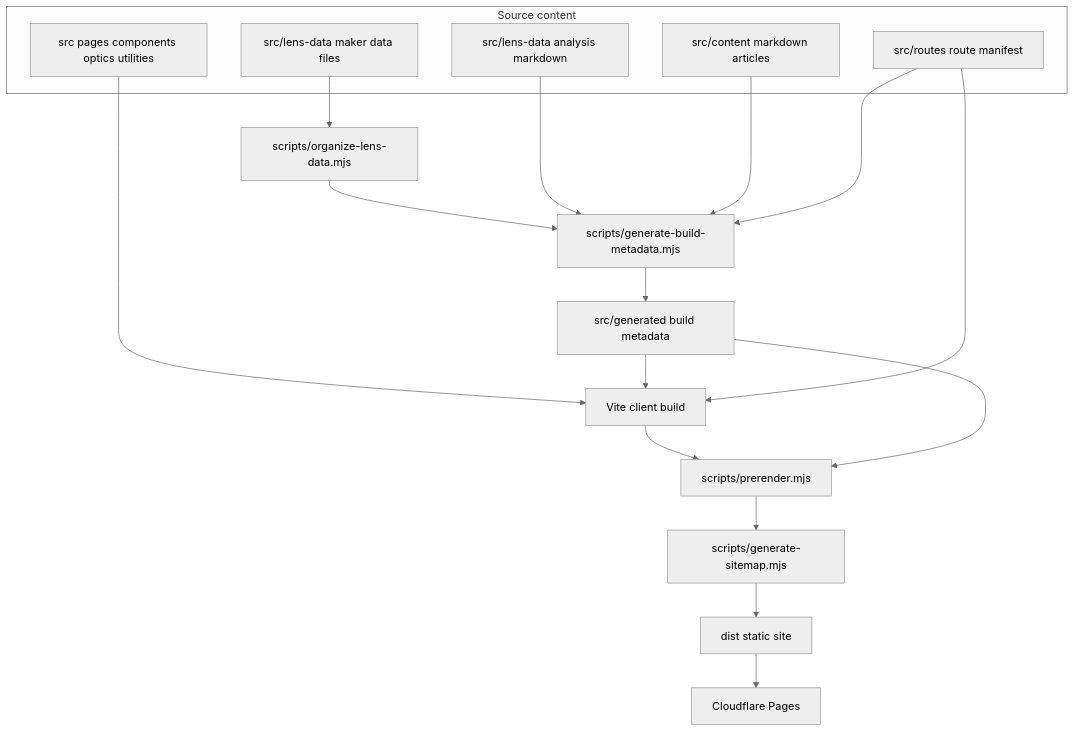
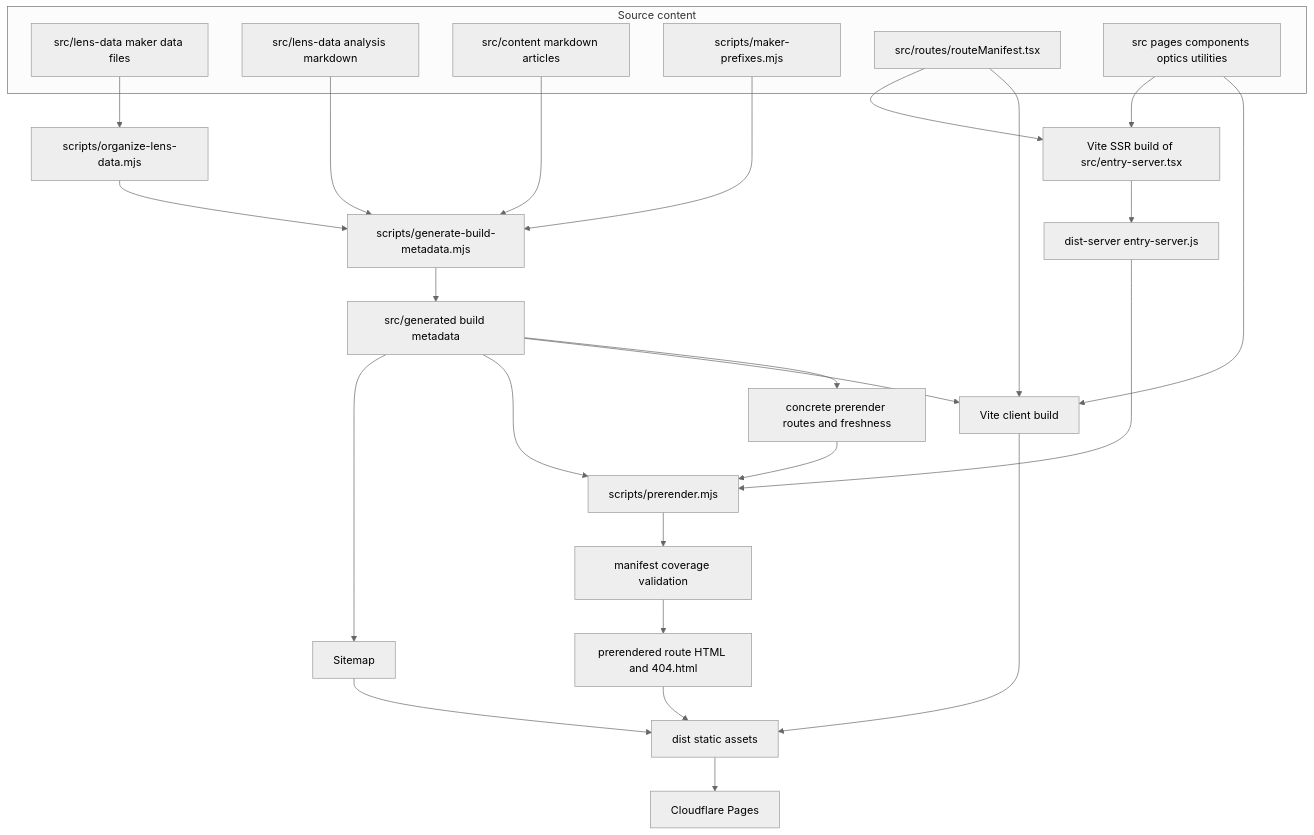
The first of 6 diagrams in agent_docs/architecture/program-flow.md (ronbuening/LensVisualizer), drawn with Mermaid (neutral theme) before and after one commit. The commit also changed other lines of this file and 5 other files, not shown here.

Commit message:
docs: refresh architecture documentation

````diff
--- a/agent_docs/architecture/program-flow.md
+++ b/agent_docs/architecture/program-flow.md
@@ -10,26 +11,38 @@
 ```mermaid
 flowchart TD
   subgraph Source[Source content]
     LensData[src/lens-data maker data files]
     LensNotes[src/lens-data analysis markdown]
     Articles[src/content markdown articles]
-    Routes[src/routes route manifest]
+    MakerPrefixes[scripts/maker-prefixes.mjs]
+    RouteManifest[src/routes/routeManifest.tsx]
     App[src pages components optics utilities]
   end
 
   LensData --> Organize[scripts/organize-lens-data.mjs]
   Organize --> Metadata[scripts/generate-build-metadata.mjs]
   LensNotes --> Metadata
   Articles --> Metadata
-  Routes --> Metadata
+  MakerPrefixes --> Metadata
   Metadata --> Generated[src/generated build metadata]
+  Generated --> ConcreteRoutes[concrete prerender routes and freshness]
 
-  App --> Vite[Vite client build]
-  Generated --> Vite
-  Routes --> Vite
-  Vite --> Prerender[scripts/prerender.mjs]
-  Generated --> Prerender
-  Prerender --> Sitemap[scripts/generate-sitemap.mjs]
-  Sitemap --> Dist[dist static site]
+  App --> ViteClient[Vite client build]
+  Generated --> ViteClient
+  RouteManifest --> ViteClient
+  ViteClient --> Dist[dist static assets]
+
+  App --> ViteSSR[Vite SSR build of src/entry-server.tsx]
+  RouteManifest --> ViteSSR
+  ViteSSR --> SSRBundle[dist-server entry-server.js]
+  Generated --> Prerender[scripts/prerender.mjs]
+  ConcreteRoutes --> Prerender
+  SSRBundle --> Prerender
+  Prerender --> Coverage[manifest coverage validation]
+  Coverage --> HTML[prerendered route HTML and 404.html]
+  HTML --> Dist
+
+  Generated --> Sitemap
+  Sitemap --> Dist
   Dist --> Cloudflare[Cloudflare Pages]
 ```
````
